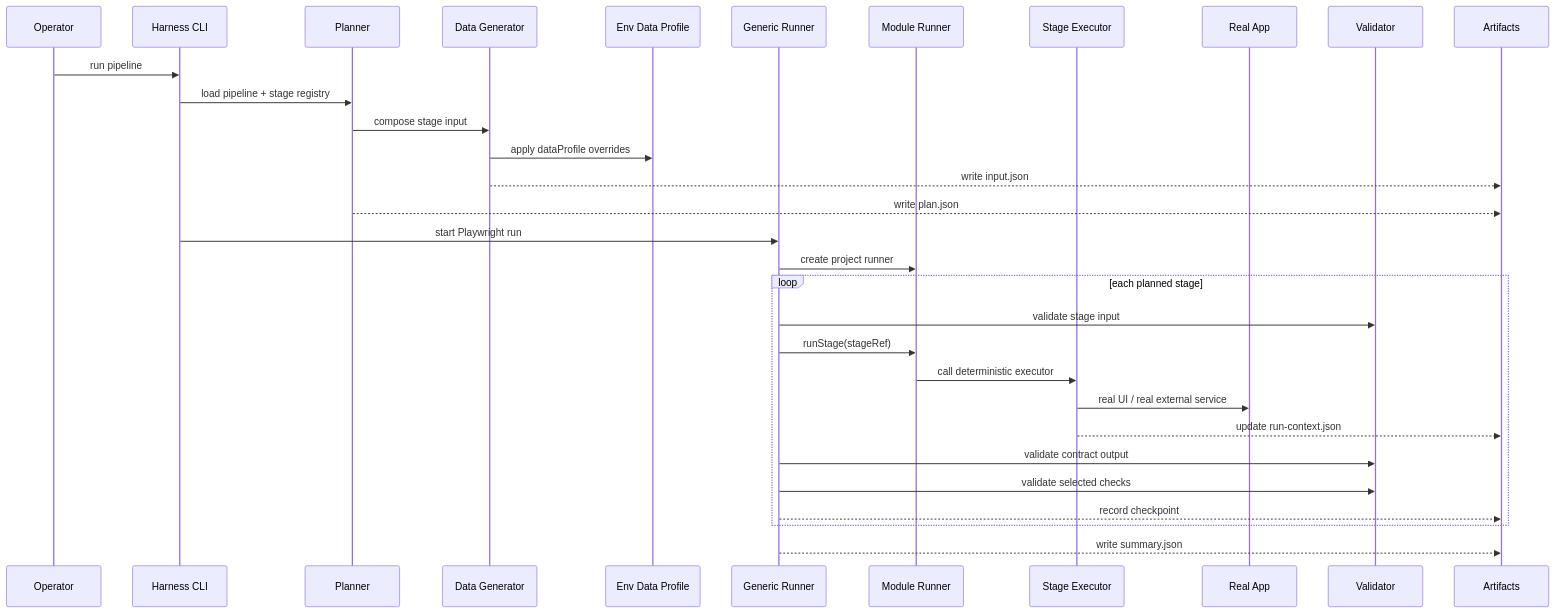
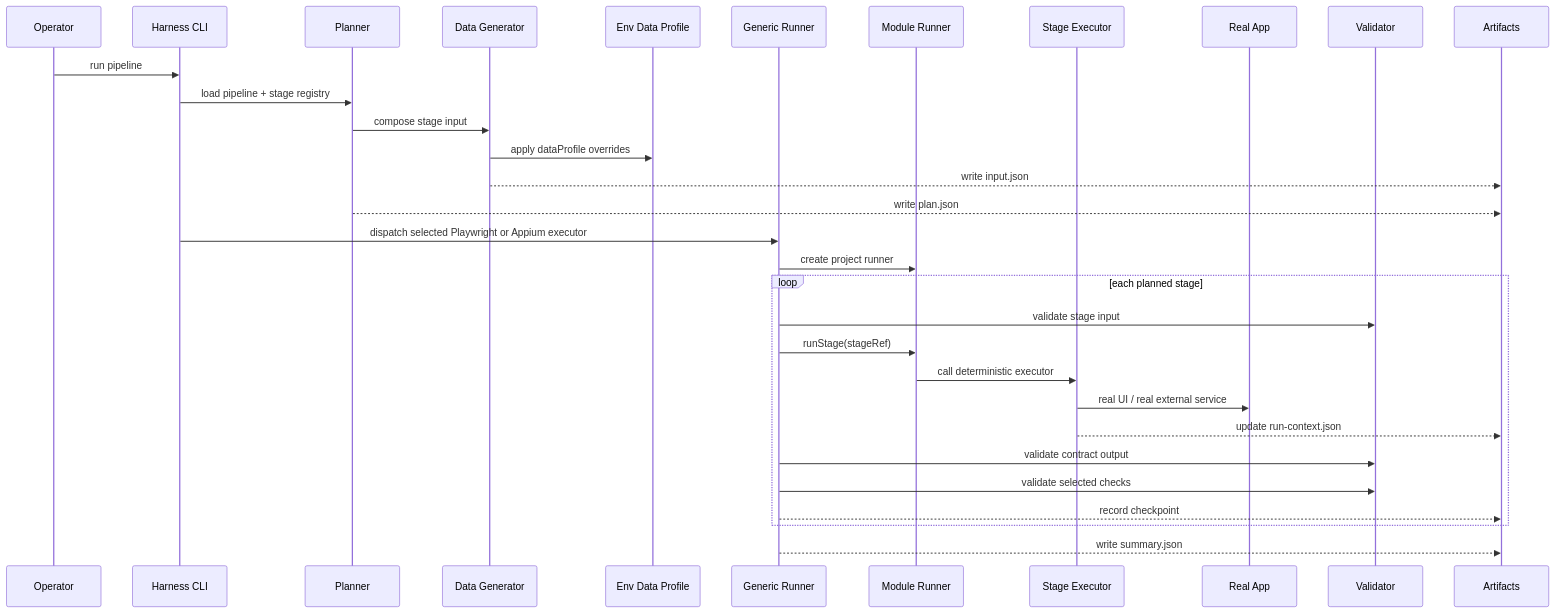
One commit to vurtnec/regressionwright changed the third of 6 diagrams in docs/regressionwright-flows.md. Above: the diagram before and after it, drawn with Mermaid. The commit also changed 40 other files, not shown here.

Commit message:
Add Appium iOS executor support

````diff
--- a/docs/regressionwright-flows.md
+++ b/docs/regressionwright-flows.md
@@ -85,34 +85,34 @@
 ```mermaid
 sequenceDiagram
   participant O as Operator
   participant C as Harness CLI
   participant P as Planner
   participant D as Data Generator
   participant E as Env Data Profile
   participant R as Generic Runner
   participant M as Module Runner
   participant S as Stage Executor
   participant A as Real App
   participant V as Validator
   participant F as Artifacts
 
   O->>C: run pipeline
   C->>P: load pipeline + stage registry
   P->>D: compose stage input
   D->>E: apply dataProfile overrides
   D-->>F: write input.json
   P-->>F: write plan.json
-  C->>R: start Playwright run
+  C->>R: dispatch selected Playwright or Appium executor
   R->>M: create project runner
   loop each planned stage
     R->>V: validate stage input
     R->>M: runStage(stageRef)
     M->>S: call deterministic executor
     S->>A: real UI / real external service
     S-->>F: update run-context.json
     R->>V: validate contract output
     R->>V: validate selected checks
     R-->>F: record checkpoint
   end
   R-->>F: write summary.json
 ```
````
